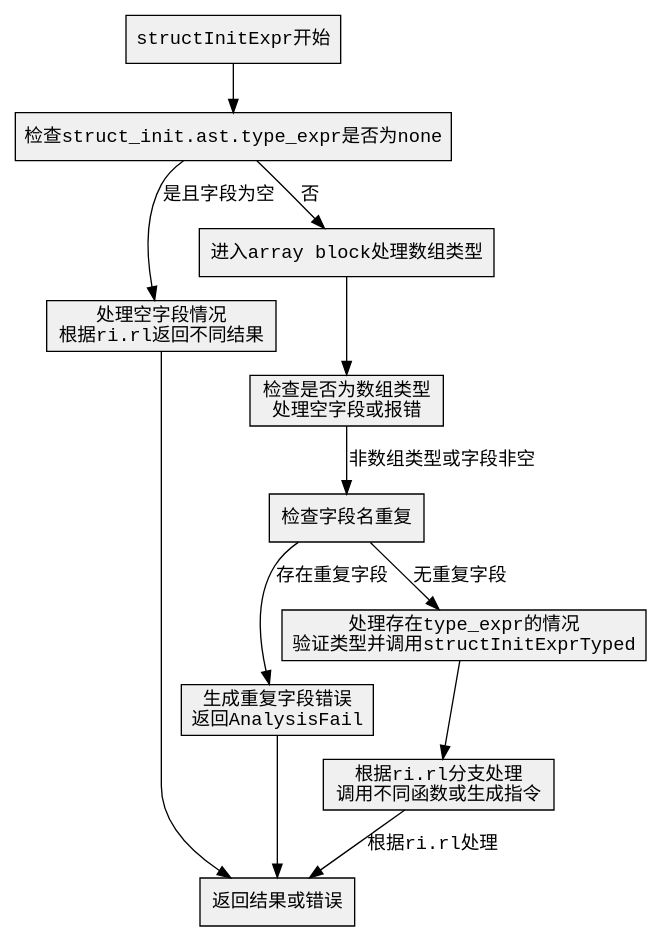
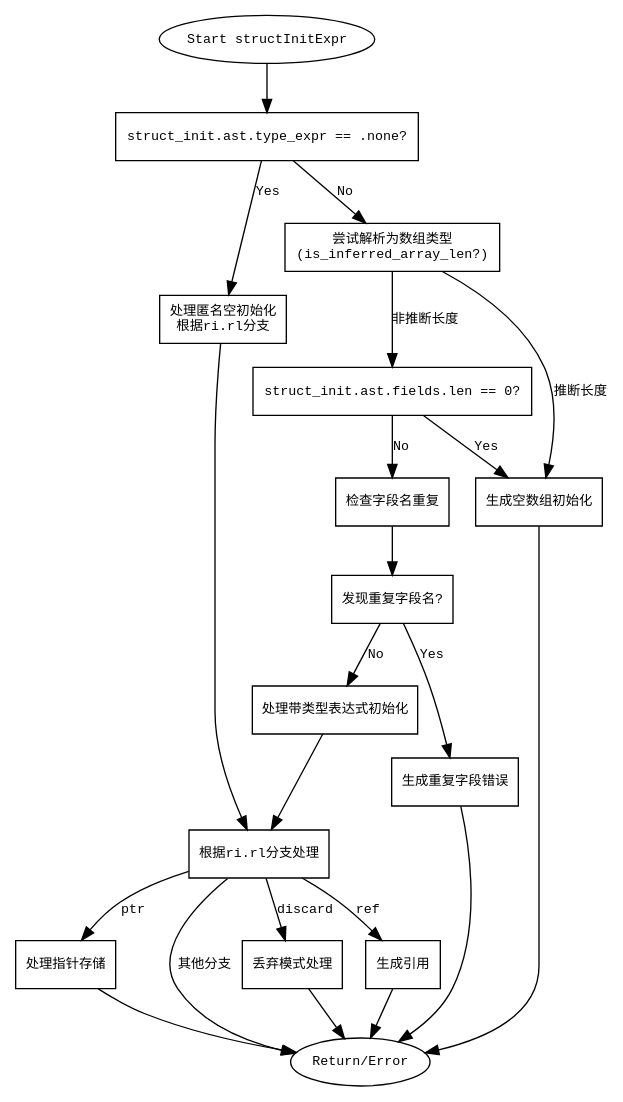
Before and after one commit to sdzx-1/deepseek-zig-reader: the diagram in dot_std/zig/AstGen.zig.structInitExpr.md, drawn with Graphviz. The commit also changed other lines of this file and 236 other files, not shown here.

````diff
--- a/dot_std/zig/AstGen.zig.structInitExpr.md
+++ b/dot_std/zig/AstGen.zig.structInitExpr.md
@@ -44,36 +28,51 @@
 ```dot
 digraph flowchart {
-    node [shape=rectangle, fontname="Courier", style=filled, fillcolor="#f0f0f0"]
-    edge [fontname="Courier"]
+    node [shape=rectangle, fontname="Courier", fontsize=10];
+    edge [fontname="Courier", fontsize=10];
 
-    start [label="structInitExpr开始"]
-    check_type_expr_none [label="检查struct_init.ast.type_expr是否为none"]
-    handle_empty_fields [label="处理空字段情况\n根据ri.rl返回不同结果"]
-    array_block [label="进入array block处理数组类型"]
-    check_array_type [label="检查是否为数组类型\n处理空字段或报错"]
-    check_duplicate_names [label="检查字段名重复"]
-    handle_duplicates [label="生成重复字段错误\n返回AnalysisFail"]
-    handle_type_expr [label="处理存在type_expr的情况\n验证类型并调用structInitExprTyped"]
-    handle_ri_rl [label="根据ri.rl分支处理\n调用不同函数或生成指令"]
-    end [label="返回结果或错误"]
+    start [label="Start structInitExpr", shape=ellipse];
+    check_type_expr_none [label="struct_init.ast.type_expr == .none?"];
+    handle_anon_empty [label="处理匿名空初始化\n根据ri.rl分支"];
+    check_array_type [label="尝试解析为数组类型\n(is_inferred_array_len?)"];
+    handle_array_empty [label="生成空数组初始化"];
+    check_fields_empty [label="struct_init.ast.fields.len == 0?"];
+    check_duplicate_names [label="检查字段名重复"];
+    any_duplicate [label="发现重复字段名?"];
+    report_duplicates [label="生成重复字段错误"];
+    handle_typed_init [label="处理带类型表达式初始化"];
+    check_ri_rl [label="根据ri.rl分支处理"];
+    handle_discard [label="丢弃模式处理"];
+    handle_ref [label="生成引用"];
+    handle_ptr [label="处理指针存储"];
+    end [label="Return/Error", shape=ellipse];
 
-    start -> check_type_expr_none
+    start -> check_type_expr_none;
 
-    check_type_expr_none -> handle_empty_fields [label="是且字段为空"]
-    check_type_expr_none -> array_block [label="否"]
+    check_type_expr_none -> handle_anon_empty [label="Yes"];
+    check_type_expr_none -> check_array_type [label="No"];
 
-    handle_empty_fields -> end
+    handle_anon_empty -> check_ri_rl;
 
-    array_block -> check_array_type
-    check_array_type -> check_duplicate_names [label="非数组类型或字段非空"]
+    check_array_type -> handle_array_empty [label="推断长度"];
+    check_array_type -> check_fields_empty [label="非推断长度"];
 
-    check_duplicate_names -> handle_duplicates [label="存在重复字段"]
-    check_duplicate_names -> handle_type_expr [label="无重复字段"]
+    check_fields_empty -> handle_array_empty [label="Yes"];
+    check_fields_empty -> check_duplicate_names [label="No"];
 
-    handle_duplicates -> end
+    check_duplicate_names -> any_duplicate;
+    any_duplicate -> report_duplicates [label="Yes"];
+    any_duplicate -> handle_typed_init [label="No"];
 
-    handle_type_expr -> handle_ri_rl
+    handle_typed_init -> check_ri_rl;
+    check_ri_rl -> handle_discard [label="discard"];
+    check_ri_rl -> handle_ref [label="ref"];
+    check_ri_rl -> handle_ptr [label="ptr"];
+    check_ri_rl -> end [label="其他分支"];
 
-    handle_ri_rl -> end [label="根据ri.rl处理"]
+    report_duplicates -> end;
+    handle_array_empty -> end;
+    handle_discard -> end;
+    handle_ref -> end;
+    handle_ptr -> end;
 }
 ```
````
